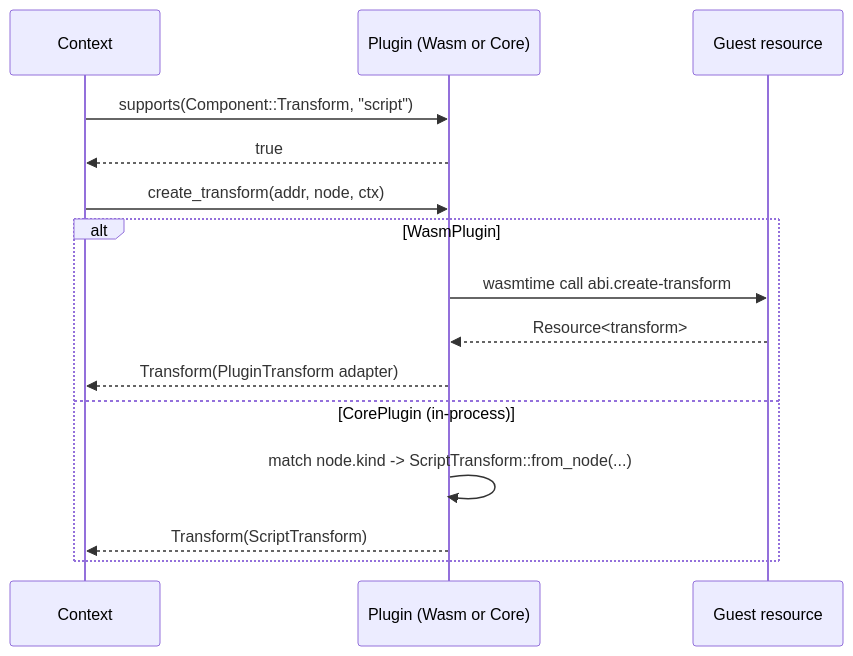
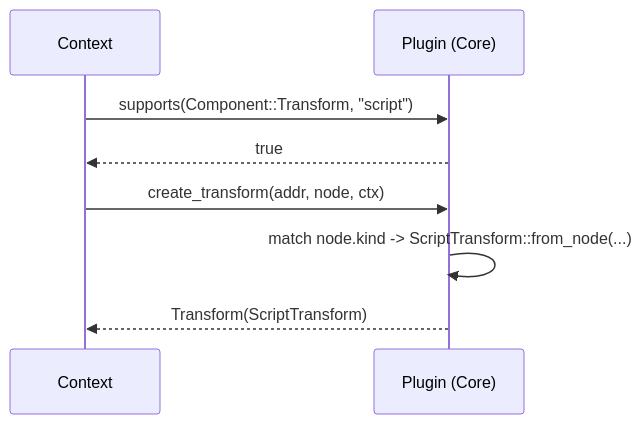
The third of 3 diagrams in .agents/summary/workflows.md (jmt-lab/edo), drawn with Mermaid before and after one commit. The commit also changed 12 other files, not shown here.

````diff
--- a/.agents/summary/workflows.md
+++ b/.agents/summary/workflows.md
@@ -105,17 +105,10 @@
 ```mermaid
 sequenceDiagram
     participant Ctx as Context
-    participant P as Plugin (Wasm or Core)
-    participant G as Guest resource
+    participant P as Plugin (Core)
     Ctx->>P: supports(Component::Transform, "script")
     P-->>Ctx: true
     Ctx->>P: create_transform(addr, node, ctx)
-    alt WasmPlugin
-        P->>G: wasmtime call abi.create-transform
-        G-->>P: Resource<transform>
-        P-->>Ctx: Transform(PluginTransform adapter)
-    else CorePlugin (in-process)
-        P->>P: match node.kind -> ScriptTransform::from_node(...)
-        P-->>Ctx: Transform(ScriptTransform)
-    end
+    P->>P: match node.kind -> ScriptTransform::from_node(...)
+    P-->>Ctx: Transform(ScriptTransform)
 ```
````
